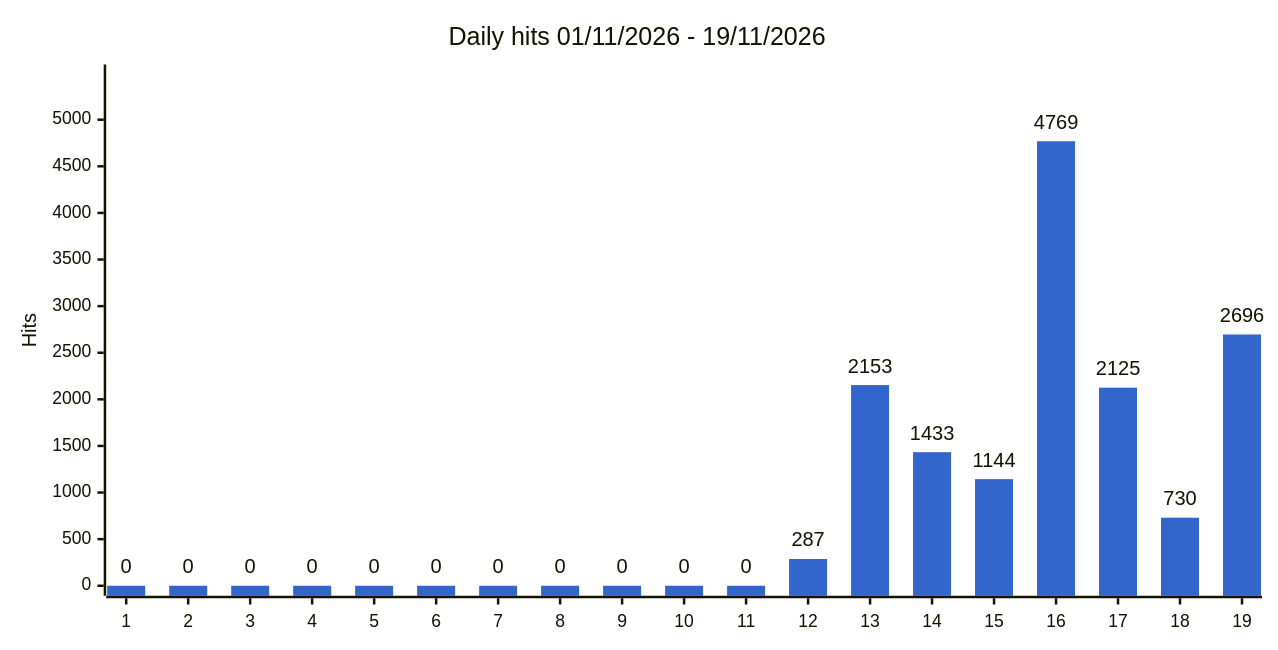
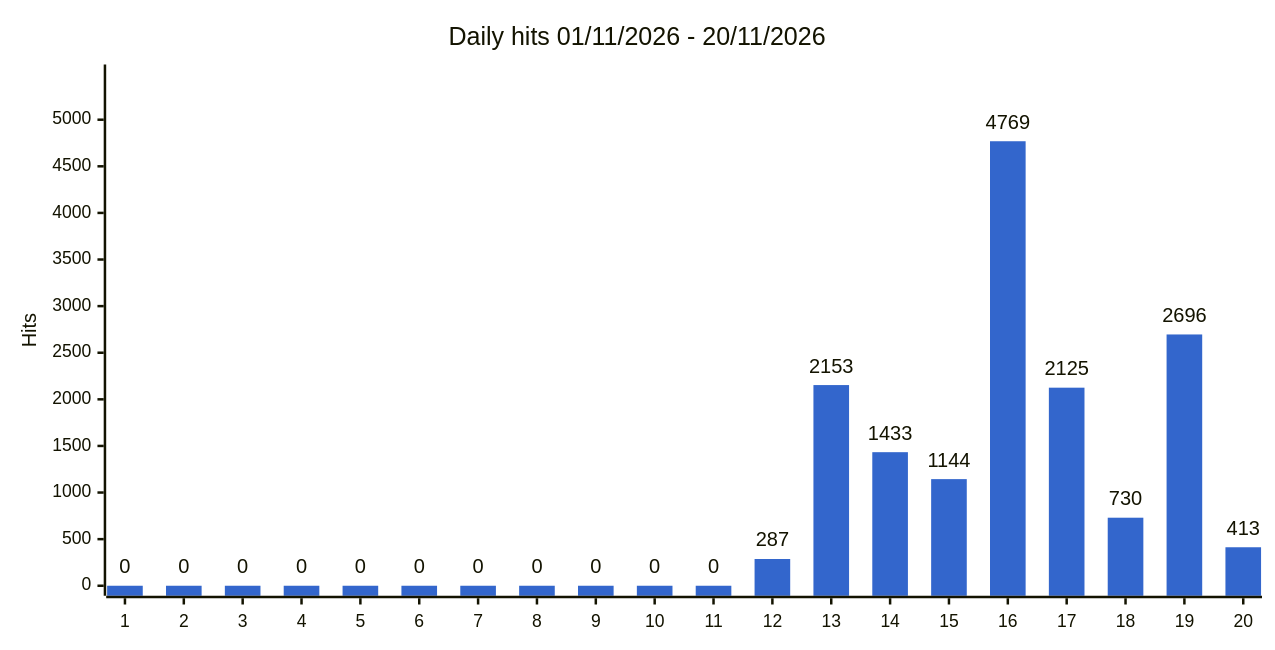
One commit to gmoulard/wikipedia2book changed the third of 4 diagrams in docs/stats.md. Above: the diagram before and after it, drawn with Mermaid. The commit also changed other lines of this file and 3 other files, not shown here.

````diff
--- a/docs/stats.md
+++ b/docs/stats.md
@@ -43,8 +43,8 @@
 ```mermaid
 %%{init: {"xyChart": {"width": 1000, "showDataLabel": true, "showDataLabelOutsideBar": true}, "themeVariables": {"xyChart": {"plotColorPalette": "#3366cc"}}}}%%
 xychart-beta
-    title "Daily hits 01/11/2026 - 19/11/2026"
-    x-axis ["1", "2", "3", "4", "5", "6", "7", "8", "9", "10", "11", "12", "13", "14", "15", "16", "17", "18", "19"]
+    title "Daily hits 01/11/2026 - 20/11/2026"
+    x-axis ["1", "2", "3", "4", "5", "6", "7", "8", "9", "10", "11", "12", "13", "14", "15", "16", "17", "18", "19", "20"]
     y-axis "Hits" 0 --> 5485
-    bar [0, 0, 0, 0, 0, 0, 0, 0, 0, 0, 0, 287, 2153, 1433, 1144, 4769, 2125, 730, 2696]
+    bar [0, 0, 0, 0, 0, 0, 0, 0, 0, 0, 0, 287, 2153, 1433, 1144, 4769, 2125, 730, 2696, 413]
 ```
````
